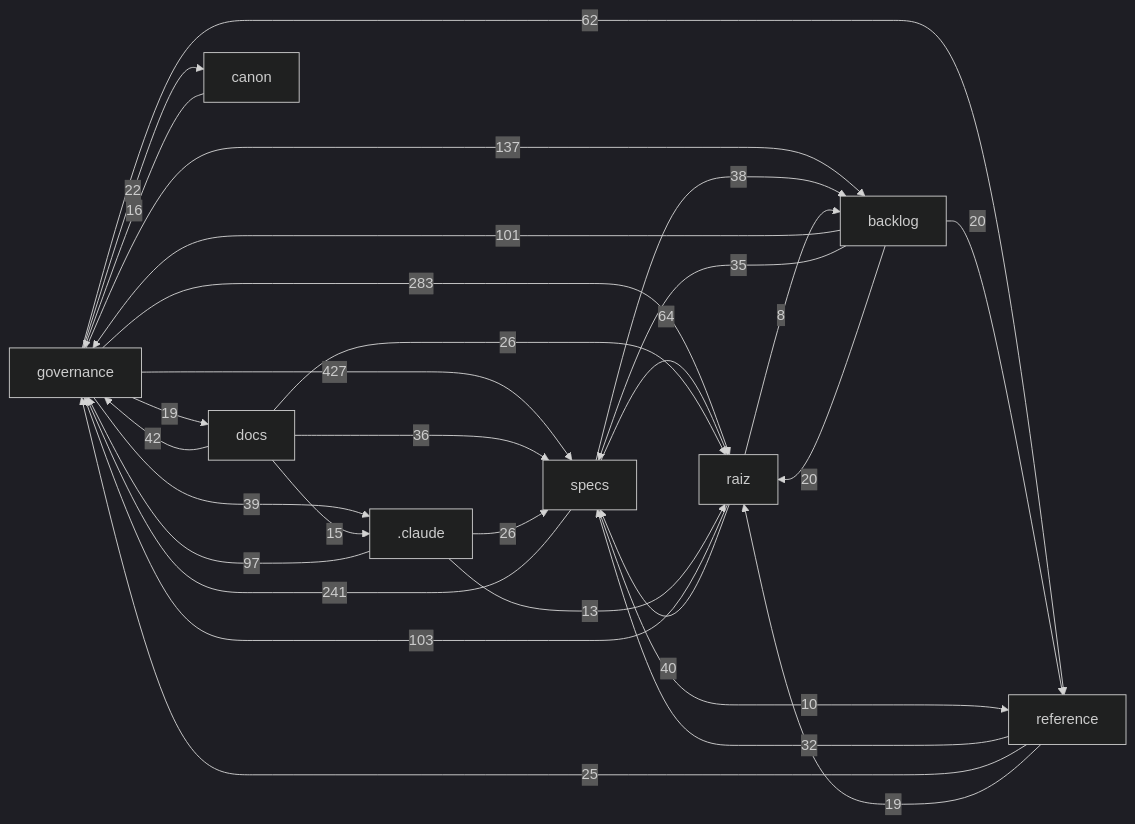
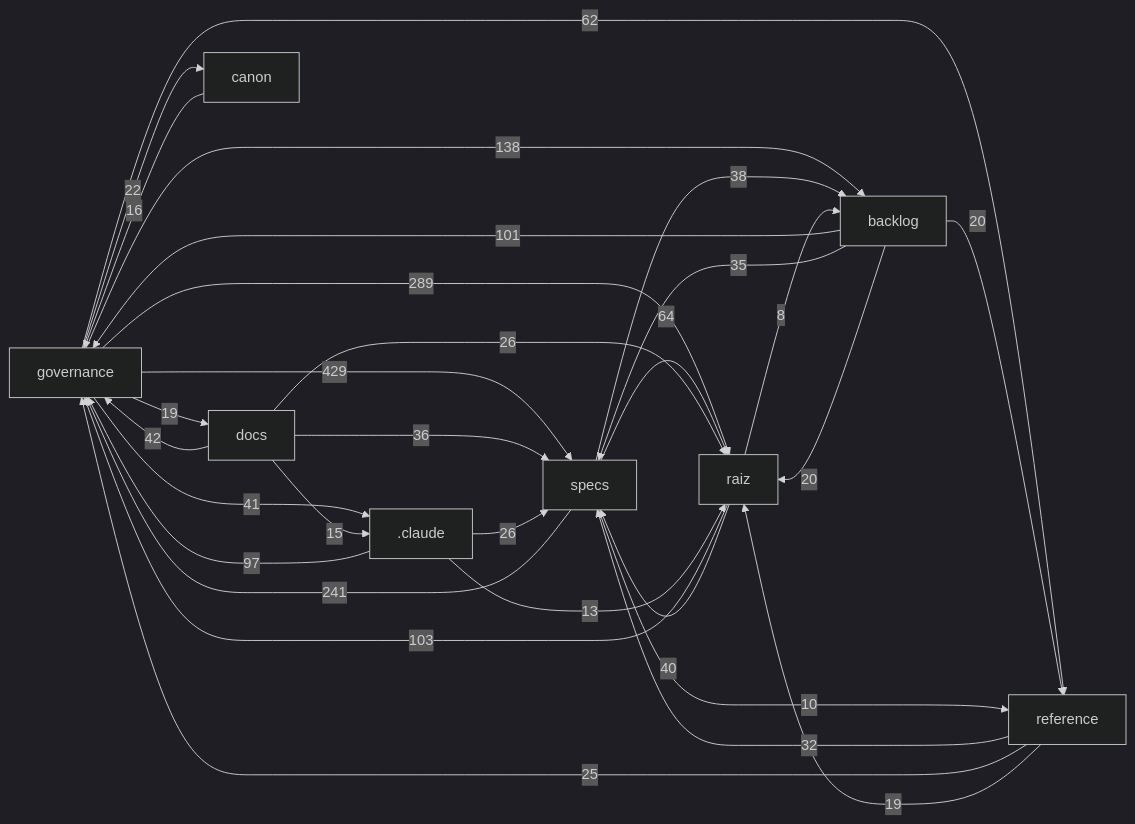
One commit to Andraus35/Sistema-Operacional-de-Trading--SOT changed the diagram in docs/mapa/MAPA-PROJETO.md. Above: the diagram before and after it, drawn with Mermaid (dark theme). The commit also changed other lines of this file and 14 other files, not shown here.

````diff
--- a/docs/mapa/MAPA-PROJETO.md
+++ b/docs/mapa/MAPA-PROJETO.md
@@ -30,32 +30,32 @@
 ```mermaid
 flowchart LR
-  governance["governance"] -->|427| specs["specs"]
-  governance["governance"] -->|283| raiz["raiz"]
+  governance["governance"] -->|429| specs["specs"]
+  governance["governance"] -->|289| raiz["raiz"]
   specs["specs"] -->|241| governance["governance"]
-  governance["governance"] -->|137| backlog["backlog"]
+  governance["governance"] -->|138| backlog["backlog"]
   raiz["raiz"] -->|103| governance["governance"]
   backlog["backlog"] -->|101| governance["governance"]
   _claude[".claude"] -->|97| governance["governance"]
   specs["specs"] -->|64| raiz["raiz"]
   governance["governance"] -->|62| reference["reference"]
   docs["docs"] -->|42| governance["governance"]
+  governance["governance"] -->|41| _claude[".claude"]
   raiz["raiz"] -->|40| specs["specs"]
-  governance["governance"] -->|39| _claude[".claude"]
   specs["specs"] -->|38| backlog["backlog"]
   docs["docs"] -->|36| specs["specs"]
   backlog["backlog"] -->|35| specs["specs"]
   reference["reference"] -->|32| specs["specs"]
   _claude[".claude"] -->|26| specs["specs"]
   docs["docs"] -->|26| raiz["raiz"]
   reference["reference"] -->|25| governance["governance"]
   governance["governance"] -->|22| canon["canon"]
   backlog["backlog"] -->|20| raiz["raiz"]
   backlog["backlog"] -->|20| reference["reference"]
   governance["governance"] -->|19| docs["docs"]
   reference["reference"] -->|19| raiz["raiz"]
   canon["canon"] -->|16| governance["governance"]
   docs["docs"] -->|15| _claude[".claude"]
   _claude[".claude"] -->|13| raiz["raiz"]
   specs["specs"] -->|10| reference["reference"]
   raiz["raiz"] -->|8| backlog["backlog"]
 ```
````
